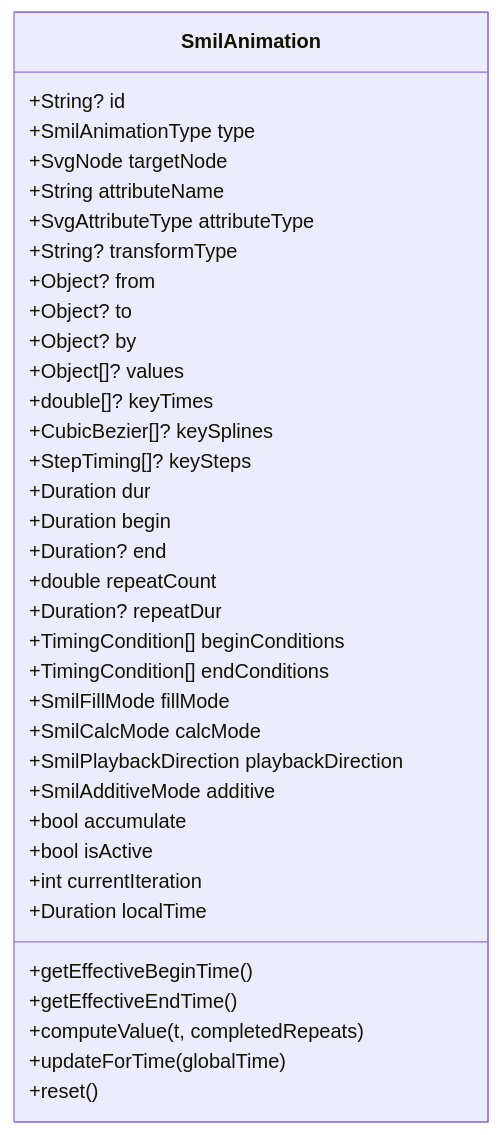
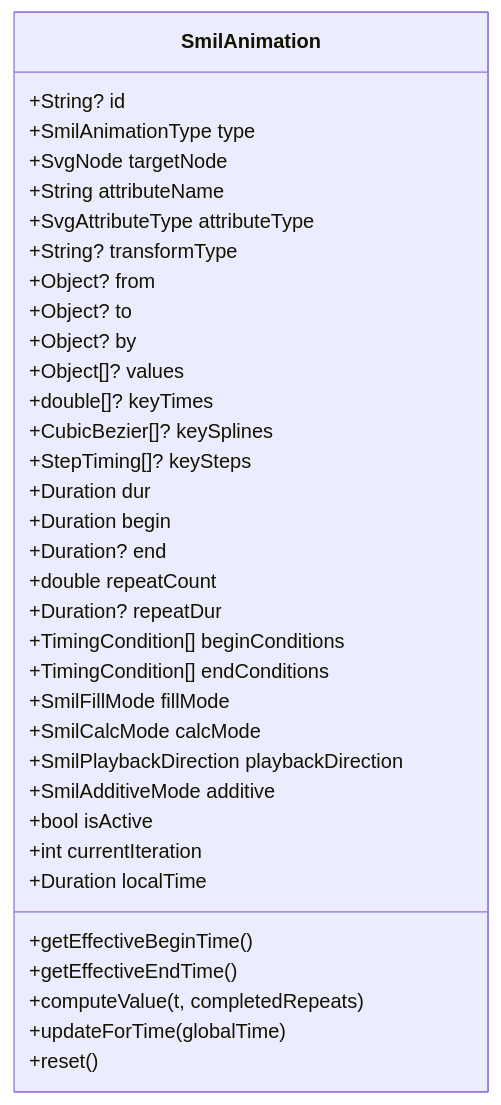
The sixth of 26 diagrams in .qoder/repowiki/en/content/Animated SVG Support/Animated SVG Support.md (denisnadey/flutter_full_svg_support), drawn with Mermaid before and after one commit. The commit also changed other lines of this file and 20 other files, not shown here.

````diff
--- a/.qoder/repowiki/en/content/Animated SVG Support/Animated SVG Support.md
+++ b/.qoder/repowiki/en/content/Animated SVG Support/Animated SVG Support.md
@@ -365,38 +415,37 @@
 ```mermaid
 classDiagram
 class SmilAnimation {
 +String? id
 +SmilAnimationType type
 +SvgNode targetNode
 +String attributeName
 +SvgAttributeType attributeType
 +String? transformType
 +Object? from
 +Object? to
 +Object? by
 +Object[]? values
 +double[]? keyTimes
 +CubicBezier[]? keySplines
 +StepTiming[]? keySteps
 +Duration dur
 +Duration begin
 +Duration? end
 +double repeatCount
 +Duration? repeatDur
 +TimingCondition[] beginConditions
 +TimingCondition[] endConditions
 +SmilFillMode fillMode
 +SmilCalcMode calcMode
 +SmilPlaybackDirection playbackDirection
 +SmilAdditiveMode additive
-+bool accumulate
 +bool isActive
 +int currentIteration
 +Duration localTime
 +getEffectiveBeginTime()
 +getEffectiveEndTime()
 +computeValue(t, completedRepeats)
 +updateForTime(globalTime)
 +reset()
 }
 ```
````
